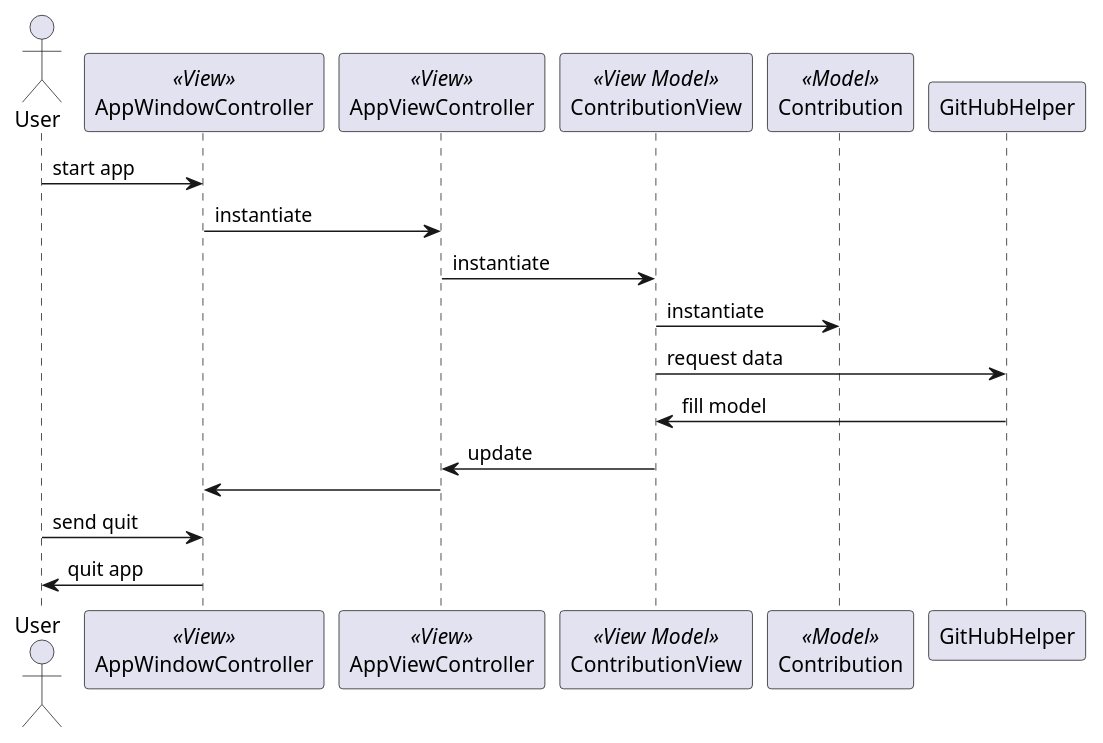
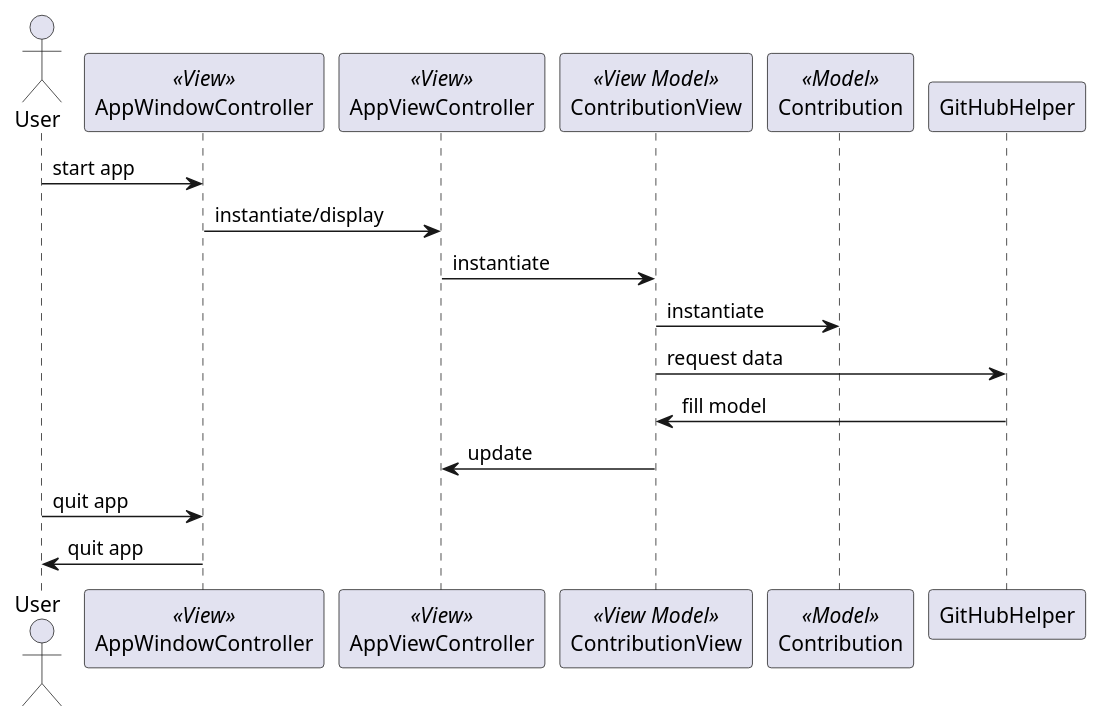
Before and after one commit to LuGeNat/GitHub-Contributions: the diagram in DIAGRAM.plantuml, drawn with PlantUML.

Commit message:
update sequence diagram

```diff
--- a/DIAGRAM.plantuml
+++ b/DIAGRAM.plantuml
@@ -1,18 +1,17 @@
 @startuml
 actor User
 participant AppWindowController << View >>
 participant AppViewController << View >>
 participant ContributionView << View Model >>
 participant Contribution << Model >>
 
 User -> AppWindowController: start app
-AppWindowController -> AppViewController: instantiate
+AppWindowController -> AppViewController: instantiate/display
 AppViewController -> ContributionView: instantiate
 ContributionView -> Contribution: instantiate
 ContributionView -> GitHubHelper: request data
 GitHubHelper -> ContributionView: fill model
 ContributionView -> AppViewController: update
-AppViewController -> AppWindowController: 
-User -> AppWindowController: send quit
+User -> AppWindowController: quit app
 AppWindowController -> User: quit app
 @enduml
```
